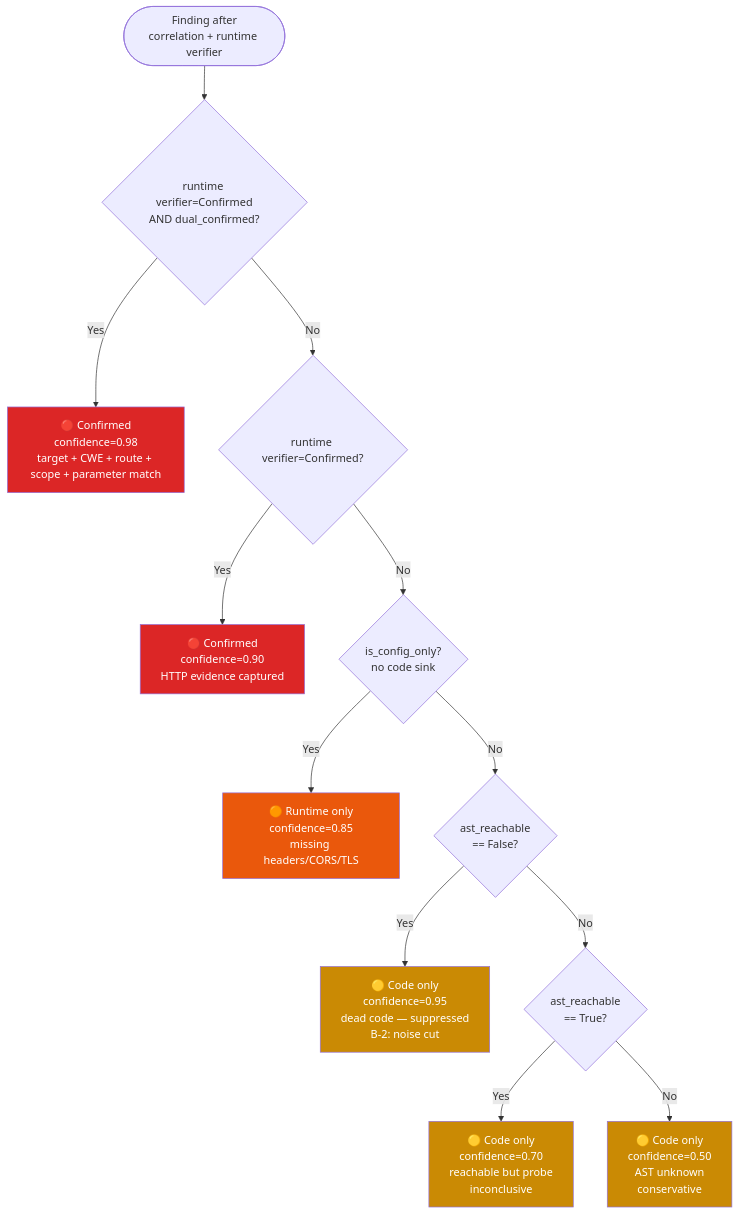
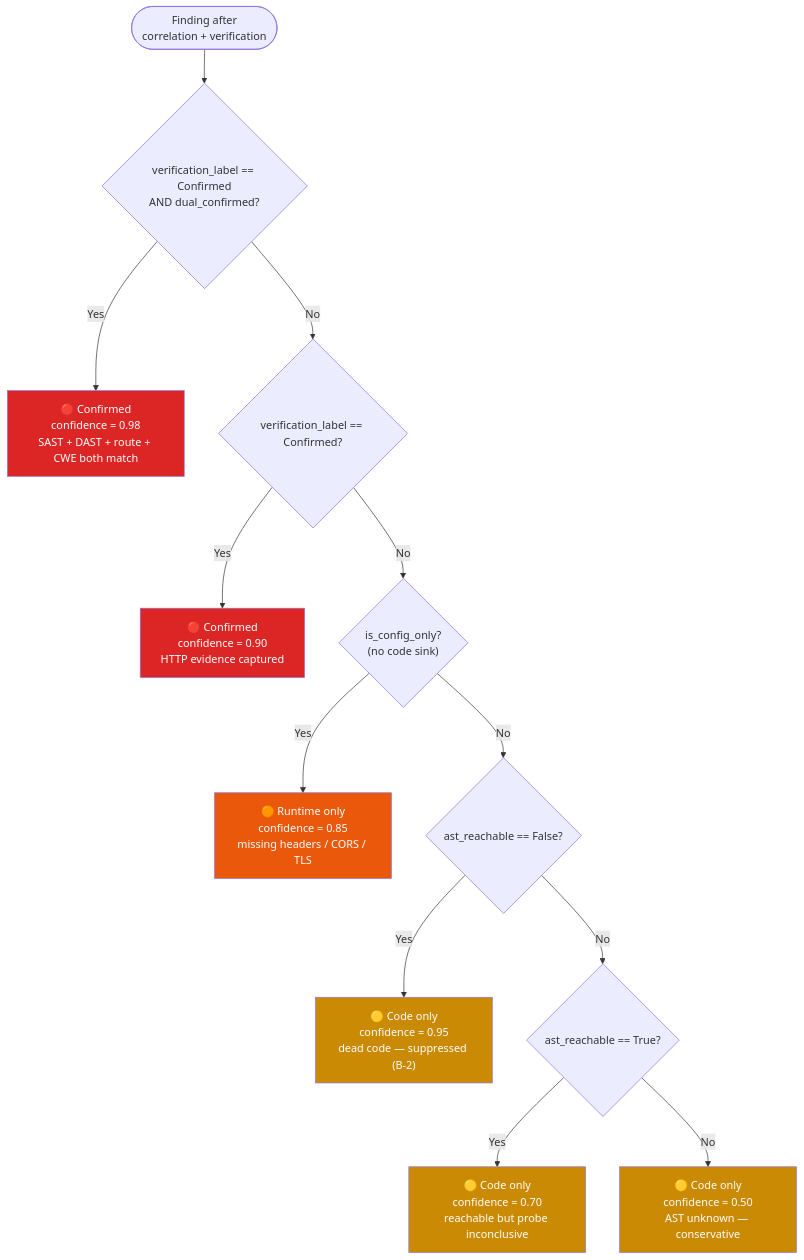
Before and after one commit to Halcyora/mitigata: diagram 11 of 25 in HACKATHON/docs/P06-Architecture.md, drawn with Mermaid. The commit also changed other lines of this file and 3 other files, not shown here.

Commit message:
feat: Remove outdated architecture and build documentation files

````diff
--- a/HACKATHON/docs/P06-Architecture.md
+++ b/HACKATHON/docs/P06-Architecture.md
@@ -407,32 +423,32 @@
 ```mermaid
 flowchart TD
-    INPUT([Finding after\ncorrelation + runtime verifier]) --> R1
+    INPUT([Finding after\ncorrelation + verification]) --> R1
 
-    R1{runtime verifier=Confirmed\nAND dual_confirmed?}
-    R1 -->|Yes| C1["🔴 Confirmed\nconfidence=0.98\ntarget + CWE + route + scope + parameter match"]
+    R1{"verification_label == Confirmed\nAND dual_confirmed?"}
+    R1 -->|Yes| C1["🔴 Confirmed\nconfidence = 0.98\nSAST + DAST + route + CWE both match"]
 
     R1 -->|No| R2
-    R2{runtime verifier=Confirmed?}
-    R2 -->|Yes| C2["🔴 Confirmed\nconfidence=0.90\nHTTP evidence captured"]
+    R2{"verification_label == Confirmed?"}
+    R2 -->|Yes| C2["🔴 Confirmed\nconfidence = 0.90\nHTTP evidence captured"]
 
     R2 -->|No| R3
-    R3{is_config_only?\nno code sink}
-    R3 -->|Yes| C3["🟠 Runtime only\nconfidence=0.85\nmissing headers/CORS/TLS"]
+    R3{"is_config_only?\n(no code sink)"}
+    R3 -->|Yes| C3["🟠 Runtime only\nconfidence = 0.85\nmissing headers / CORS / TLS"]
 
     R3 -->|No| R4
-    R4{ast_reachable\n== False?}
-    R4 -->|Yes| C4["🟡 Code only\nconfidence=0.95\ndead code — suppressed\nB-2: noise cut"]
+    R4{"ast_reachable == False?"}
+    R4 -->|Yes| C4["🟡 Code only\nconfidence = 0.95\ndead code — suppressed (B-2)"]
 
     R4 -->|No| R5
-    R5{ast_reachable\n== True?}
-    R5 -->|Yes| C5["🟡 Code only\nconfidence=0.70\nreachable but probe\ninconclusive"]
+    R5{"ast_reachable == True?"}
+    R5 -->|Yes| C5["🟡 Code only\nconfidence = 0.70\nreachable but probe inconclusive"]
 
-    R5 -->|No| C6["🟡 Code only\nconfidence=0.50\nAST unknown\nconservative"]
+    R5 -->|No| C6["🟡 Code only\nconfidence = 0.50\nAST unknown — conservative"]
 
     style C1 fill:#dc2626,color:#fff
     style C2 fill:#dc2626,color:#fff
     style C3 fill:#ea580c,color:#fff
     style C4 fill:#ca8a04,color:#fff
     style C5 fill:#ca8a04,color:#fff
     style C6 fill:#ca8a04,color:#fff
 ```
````
